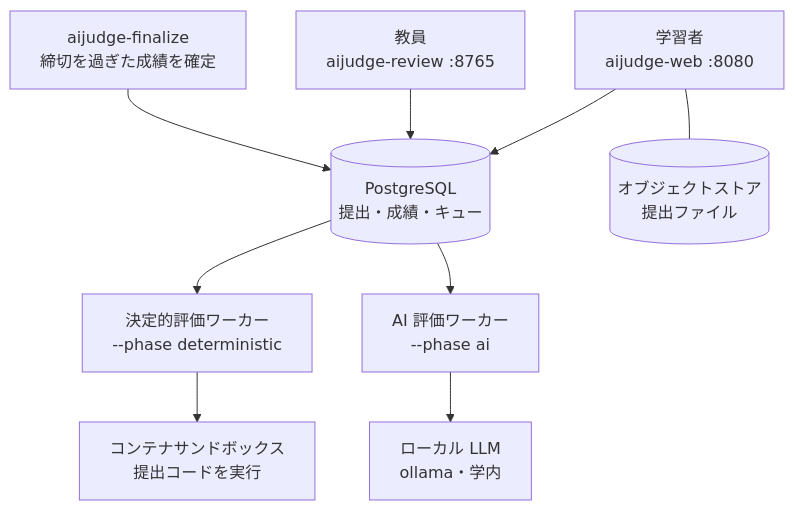
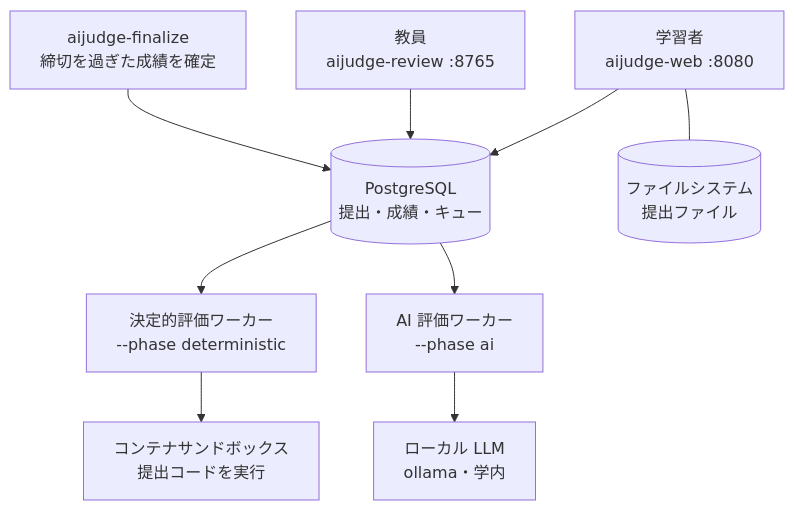
The first of 4 diagrams in README.ja.md (sanoakr/aijudge), drawn with Mermaid before and after one commit. The commit also changed other lines of this file and 1 other file, not shown here.

````diff
--- a/README.ja.md
+++ b/README.ja.md
@@ -45,26 +47,26 @@
 ```mermaid
 flowchart TB
     L["学習者<br/>aijudge-web :8080"]
     I["教員<br/>aijudge-review :8765"]
     F["aijudge-finalize<br/>締切を過ぎた成績を確定"]
 
     DB[("PostgreSQL<br/>提出・成績・キュー")]
-    S[("オブジェクトストア<br/>提出ファイル")]
+    S[("ファイルシステム<br/>提出ファイル")]
 
     DW["決定的評価ワーカー<br/>--phase deterministic"]
     AW["AI 評価ワーカー<br/>--phase ai"]
 
     SB["コンテナサンドボックス<br/>提出コードを実行"]
     LLM["ローカル LLM<br/>ollama・学内"]
 
     L --- S
     L --> DB
     I --> DB
     F --> DB
 
     DB --> DW
     DB --> AW
 
     DW --> SB
     AW --> LLM
 ```
````
